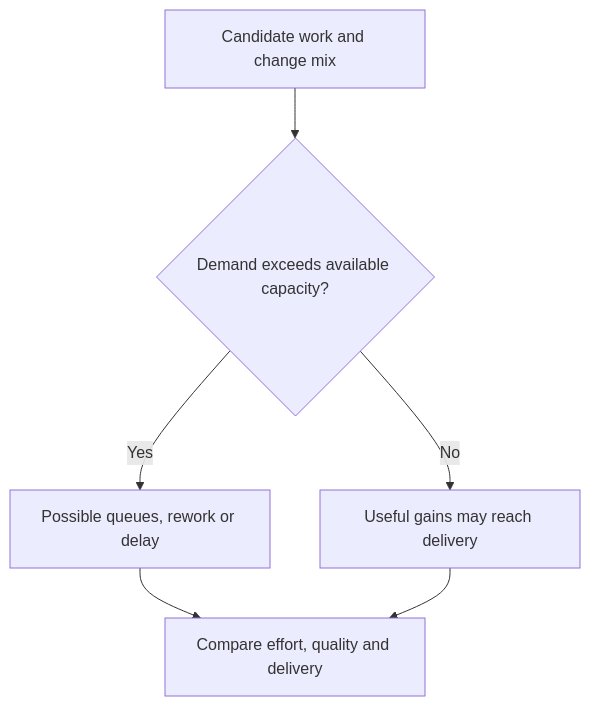
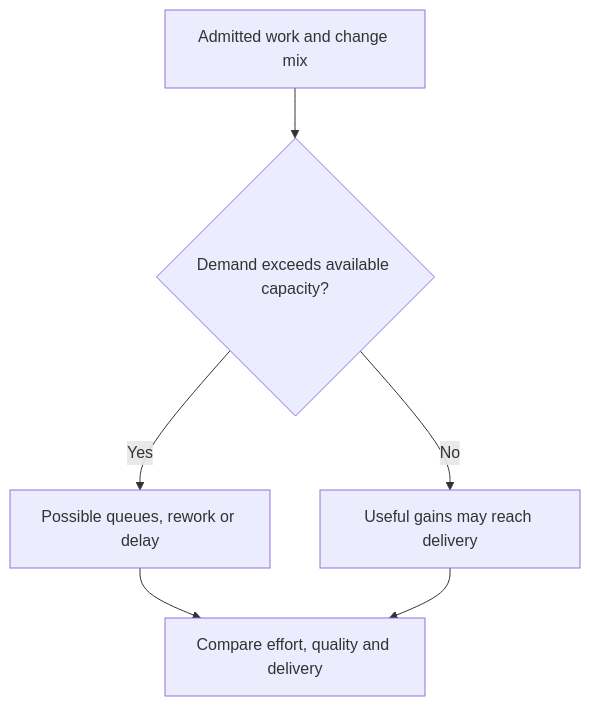
The third of 5 diagrams in protocols/04_systemic_cure.md (UncertaintyArchitectureGroup/The-Subprime-Code-Crisis), drawn with Mermaid before and after one commit. The commit also changed other lines of this file and 12 other files, not shown here.

````diff
--- a/protocols/04_systemic_cure.md
+++ b/protocols/04_systemic_cure.md
@@ -159,8 +159,8 @@
 ```mermaid
 flowchart TD
-    A["Candidate work and change mix"] --> B{"Demand exceeds available capacity?"}
+    A["Admitted work and change mix"] --> B{"Demand exceeds available capacity?"}
     B -->|Yes| C["Possible queues, rework or delay"]
     B -->|No| D["Useful gains may reach delivery"]
     C --> E["Compare effort, quality and delivery"]
     D --> E
 ```
````
